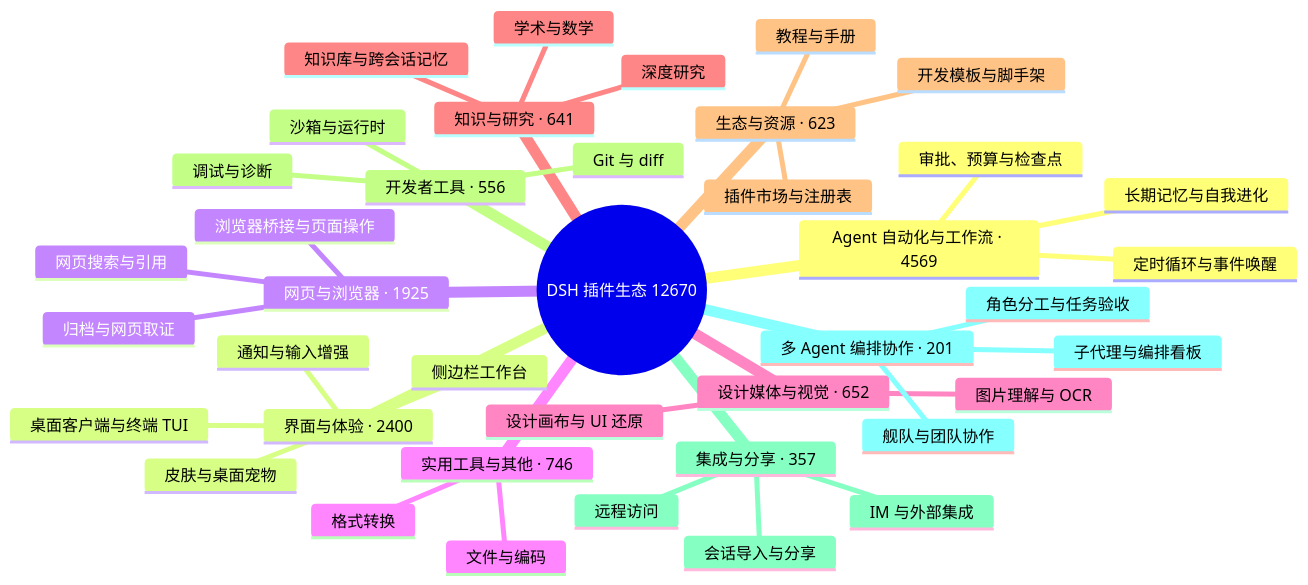
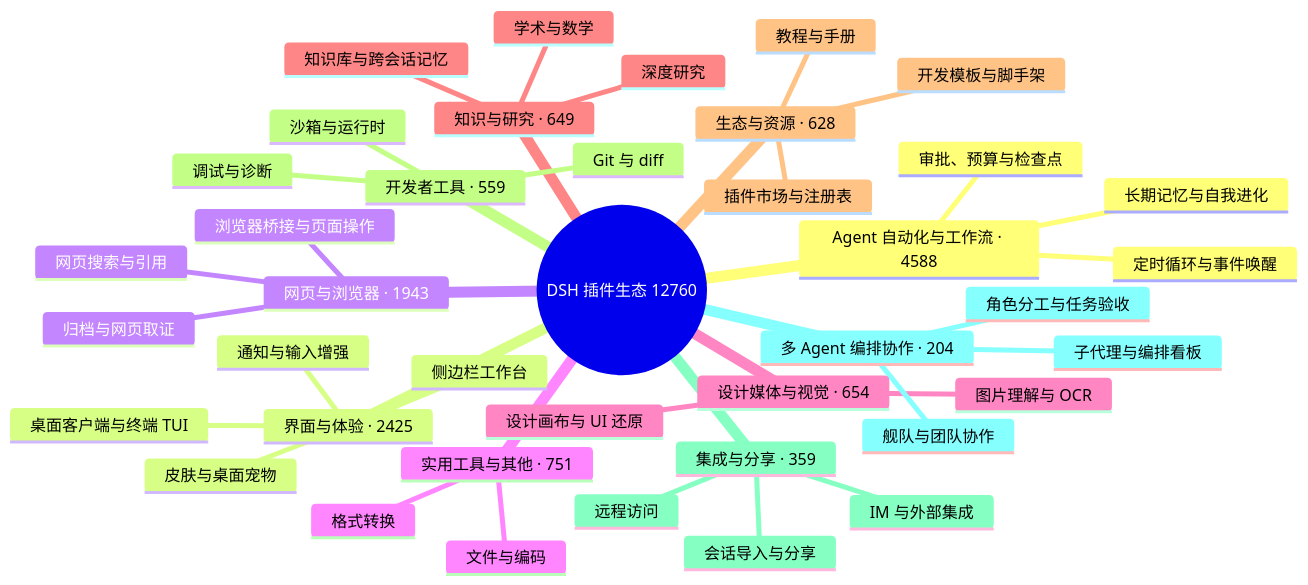
Before and after one commit to BOWLUNA/awesome-dsh-plugin: the diagram in README.md, drawn with Mermaid. The commit also changed other lines of this file and 20 other files, not shown here.

````diff
--- a/README.md
+++ b/README.md
@@ -33,43 +33,43 @@
 ```mermaid
 mindmap
-  root((DSH 插件生态 12670))
-    Agent 自动化与工作流 · 4569
+  root((DSH 插件生态 12760))
+    Agent 自动化与工作流 · 4588
       定时循环与事件唤醒
       长期记忆与自我进化
       审批、预算与检查点
-    界面与体验 · 2400
+    界面与体验 · 2425
       桌面客户端与终端 TUI
       侧边栏工作台
       皮肤与桌面宠物
       通知与输入增强
-    网页与浏览器 · 1925
+    网页与浏览器 · 1943
       浏览器桥接与页面操作
       网页搜索与引用
       归档与网页取证
-    实用工具与其他 · 746
+    实用工具与其他 · 751
       文件与编码
       格式转换
-    设计媒体与视觉 · 652
+    设计媒体与视觉 · 654
       图片理解与 OCR
       设计画布与 UI 还原
-    知识与研究 · 641
+    知识与研究 · 649
       知识库与跨会话记忆
       深度研究
       学术与数学
-    生态与资源 · 623
+    生态与资源 · 628
       插件市场与注册表
       开发模板与脚手架
       教程与手册
-    开发者工具 · 556
+    开发者工具 · 559
       Git 与 diff
       沙箱与运行时
       调试与诊断
-    集成与分享 · 357
+    集成与分享 · 359
       会话导入与分享
       远程访问
       IM 与外部集成
-    多 Agent 编排协作 · 201
+    多 Agent 编排协作 · 204
       子代理与编排看板
       舰队与团队协作
       角色分工与任务验收
 ```
````
